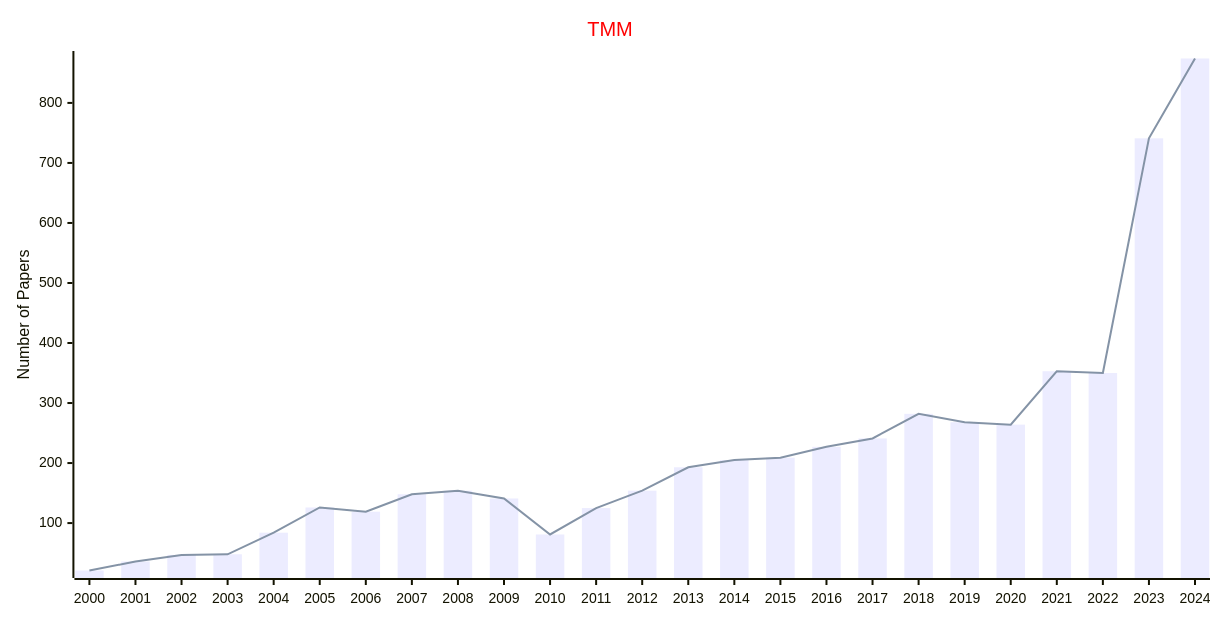
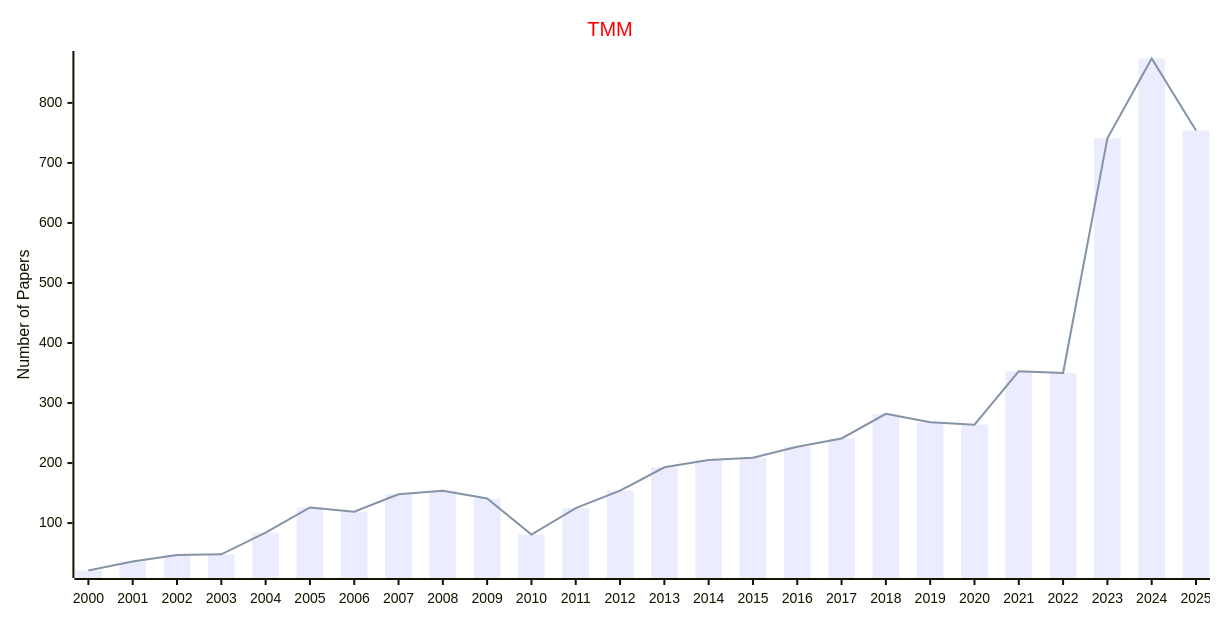
Before and after one commit to Easy-PhD/AILinks: the diagram in docs/data/Journals/Statistics_Journals/Multimedia.md, drawn with Mermaid. The commit also changed 107 other files, not shown here.

````diff
--- a/docs/data/Journals/Statistics_Journals/Multimedia.md
+++ b/docs/data/Journals/Statistics_Journals/Multimedia.md
@@ -9,17 +9,17 @@
 ```mermaid
 ---
 config:
     xyChart:
         width: 1200
         height: 600
     themeVariables:
         xyChart:
             titleColor: "#ff0000"
 ---
 xychart-beta
     title "TMM"
-    x-axis [2000, 2001, 2002, 2003, 2004, 2005, 2006, 2007, 2008, 2009, 2010, 2011, 2012, 2013, 2014, 2015, 2016, 2017, 2018, 2019, 2020, 2021, 2022, 2023, 2024]
+    x-axis [2000, 2001, 2002, 2003, 2004, 2005, 2006, 2007, 2008, 2009, 2010, 2011, 2012, 2013, 2014, 2015, 2016, 2017, 2018, 2019, 2020, 2021, 2022, 2023, 2024, 2025]
     y-axis "Number of Papers"
-    bar [21, 36, 47, 48, 84, 126, 119, 148, 154, 141, 81, 125, 154, 193, 205, 209, 227, 241, 282, 268, 264, 353, 350, 741, 874]
-    line [21, 36, 47, 48, 84, 126, 119, 148, 154, 141, 81, 125, 154, 193, 205, 209, 227, 241, 282, 268, 264, 353, 350, 741, 874]
+    bar [21, 36, 47, 48, 84, 126, 119, 148, 154, 141, 81, 125, 154, 193, 205, 209, 227, 241, 282, 268, 264, 353, 350, 741, 874, 754]
+    line [21, 36, 47, 48, 84, 126, 119, 148, 154, 141, 81, 125, 154, 193, 205, 209, 227, 241, 282, 268, 264, 353, 350, 741, 874, 754]
 ```
````
